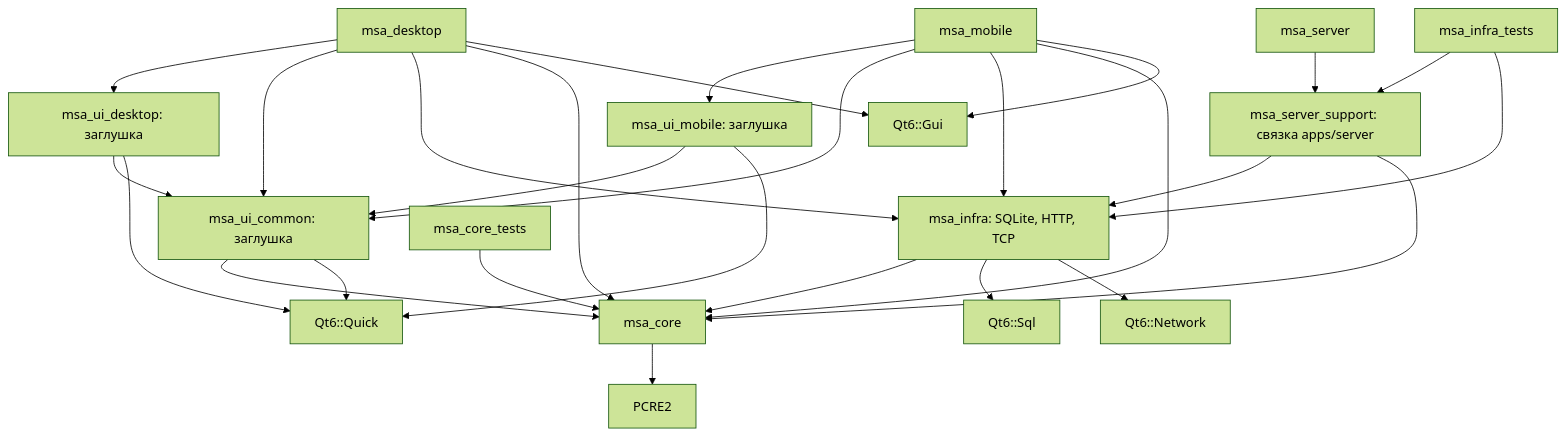
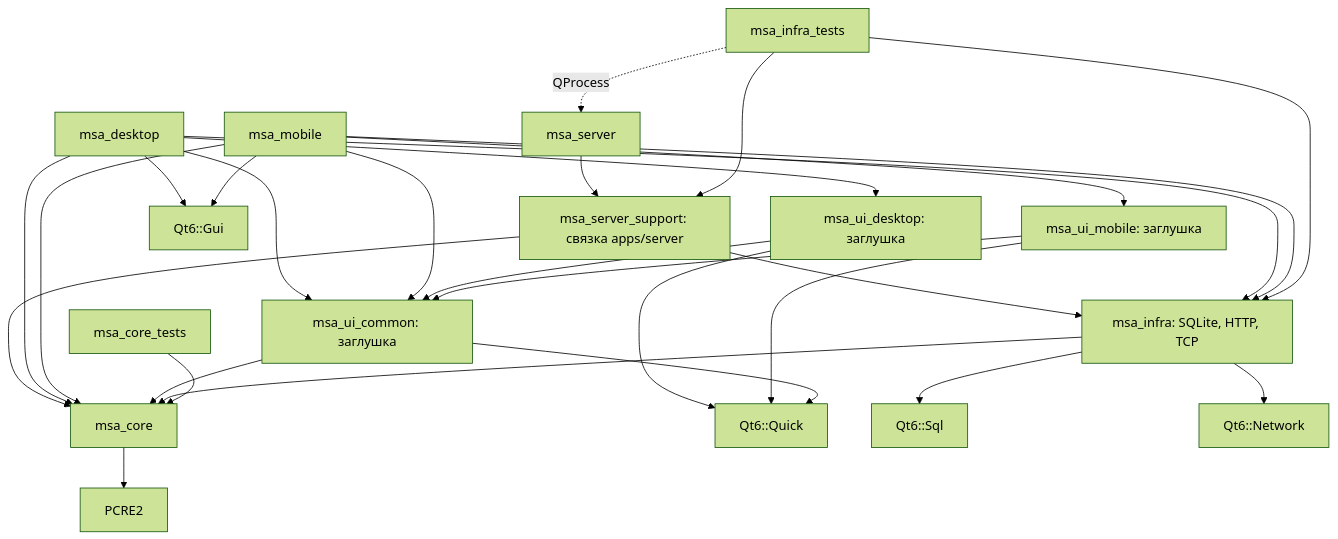
The first of 2 diagrams in docs/architecture.md (TasFoma/MySuperAssistant), drawn with Mermaid (forest theme) before and after one commit. The commit also changed other lines of this file and 10 other files, not shown here.

````diff
--- a/docs/architecture.md
+++ b/docs/architecture.md
@@ -42,29 +42,30 @@
 ```mermaid
 flowchart TD
     server[msa_server] --> support[msa_server_support: связка apps/server]
     support --> infra[msa_infra: SQLite, HTTP, TCP]
     support --> core[msa_core]
     desktop[msa_desktop] --> desktopUI[msa_ui_desktop: заглушка]
     desktop --> common[msa_ui_common: заглушка]
     desktop --> infra
     desktop --> core
     desktop --> gui[Qt6::Gui]
     mobile[msa_mobile] --> mobileUI[msa_ui_mobile: заглушка]
     mobile --> common
     mobile --> infra
     mobile --> core
     mobile --> gui
     desktopUI --> common
     desktopUI --> quick[Qt6::Quick]
     mobileUI --> common
     mobileUI --> quick
     common --> core
     common --> quick
     infra --> core
     infra --> sql[Qt6::Sql]
     infra --> network[Qt6::Network]
     core --> pcre[PCRE2]
     coreTests[msa_core_tests] --> core
     infraTests[msa_infra_tests] --> support
     infraTests --> infra
+    infraTests -. QProcess .-> server
 ```
````
